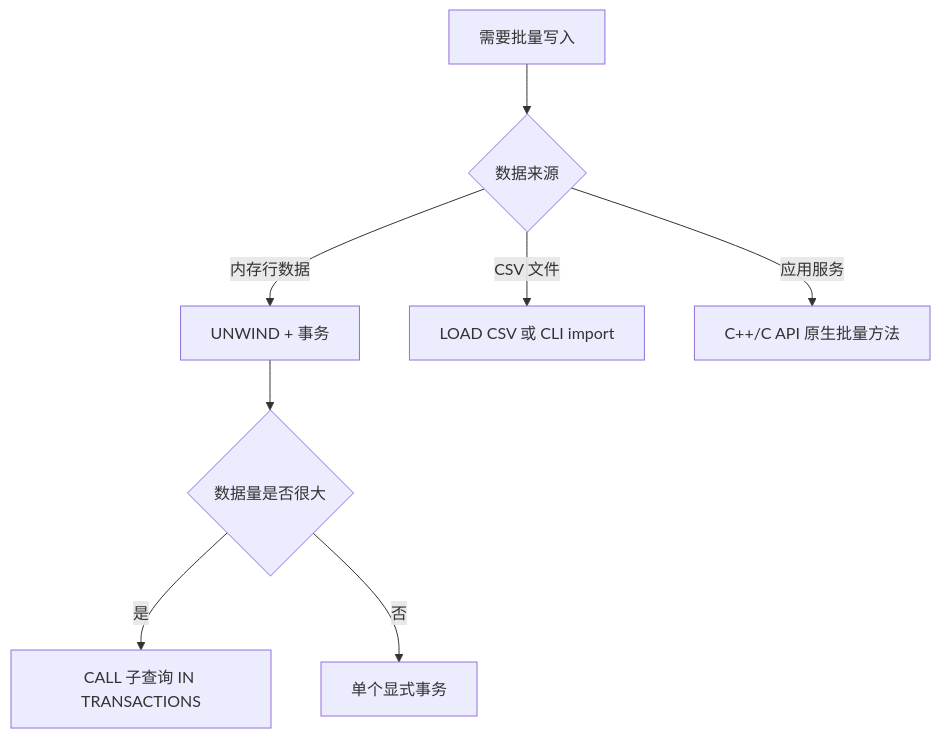
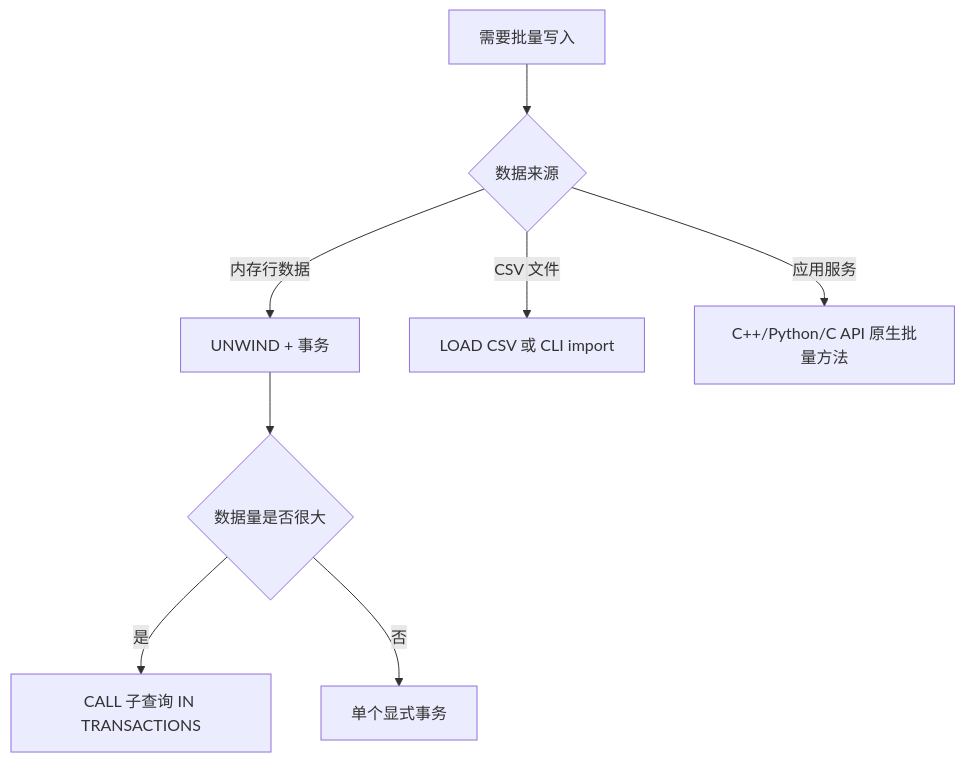
Before and after one commit to nexepic/zyx: the diagram in docs/apps/docs/content/docs/zh/zyx/user-guide/batch-operations.mdx, drawn with Mermaid. The commit also changed other lines of this file and 11 other files, not shown here.

First line of the commit message:
Add Python API docs and update C++ API signatures across all documentation

````diff
--- a/docs/apps/docs/content/docs/zh/zyx/user-guide/batch-operations.mdx
+++ b/docs/apps/docs/content/docs/zh/zyx/user-guide/batch-operations.mdx
@@ -17,10 +17,10 @@
 ```mermaid
 flowchart TD
   A[需要批量写入] --> B{数据来源}
   B -->|内存行数据| C[UNWIND + 事务]
   B -->|CSV 文件| D[LOAD CSV 或 CLI import]
-  B -->|应用服务| E[C++/C API 原生批量方法]
+  B -->|应用服务| E[C++/Python/C API 原生批量方法]
   C --> F{数据量是否很大}
   F -->|是| G[CALL 子查询 IN TRANSACTIONS]
   F -->|否| H[单个显式事务]
 ```
````
